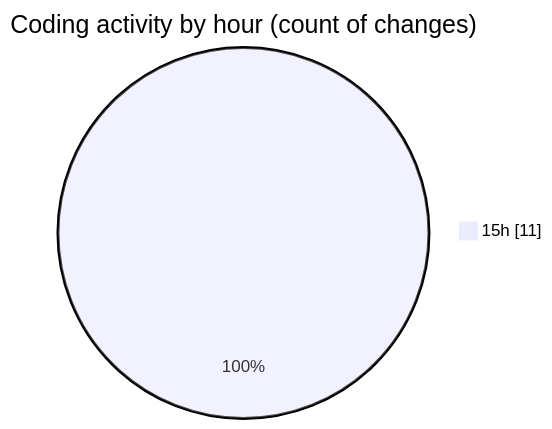
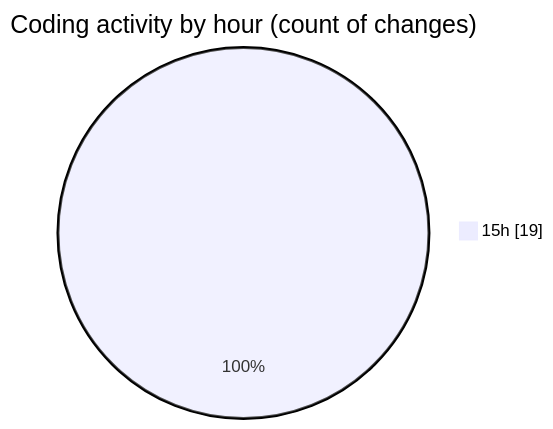
Before and after one commit to EIIisD/code-tracking: the second of 2 diagrams in 2025-08-02/tw-server/README.md, drawn with Mermaid. The commit also changed other lines of this file and 1 other file, not shown here.

````diff
--- a/2025-08-02/tw-server/README.md
+++ b/2025-08-02/tw-server/README.md
@@ -28,5 +29,5 @@
 ```mermaid
 pie showData
 title Coding activity by hour (count of changes)
-"15h" : 11
+"15h" : 19
 ```
````
